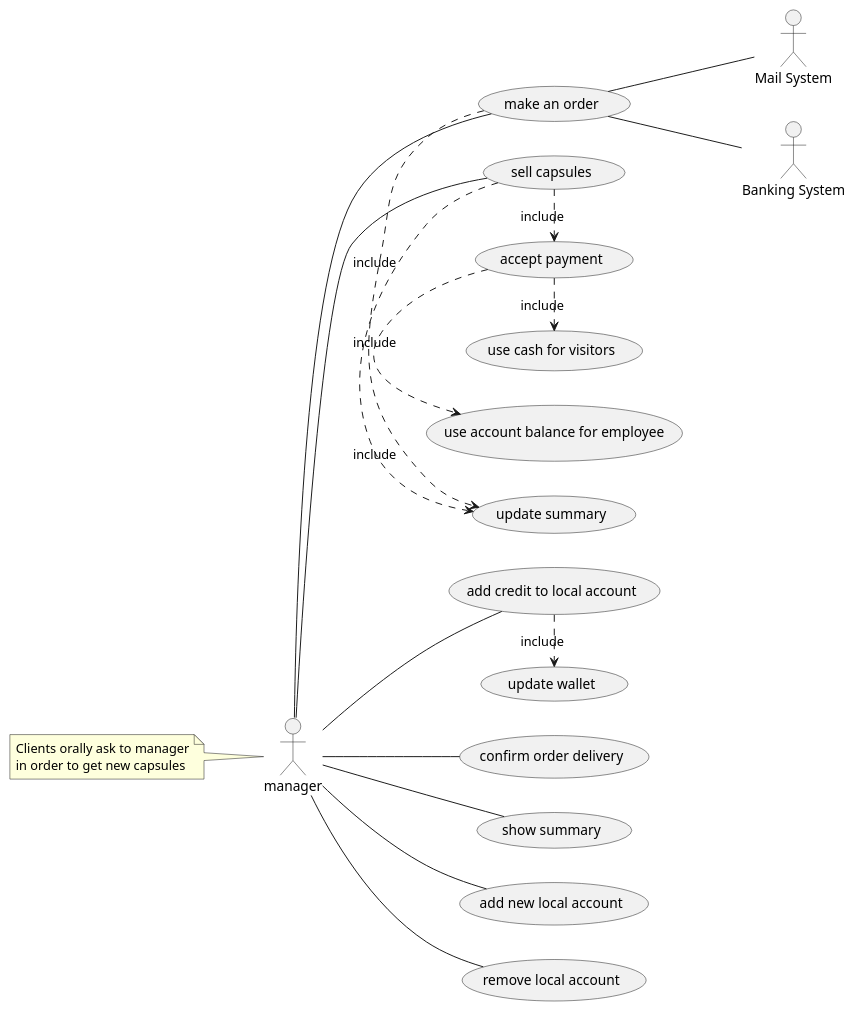
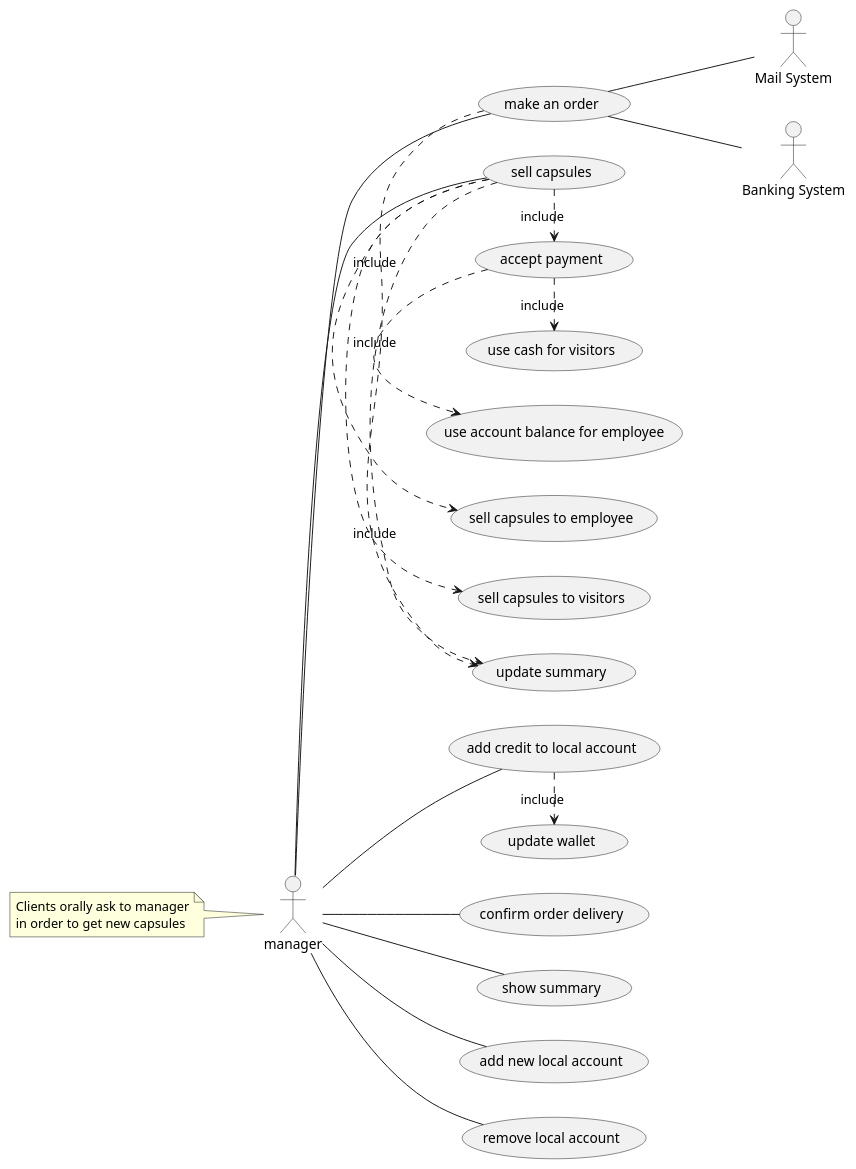
Before and after one commit to DarkSee/LaTazza: the second of 4 diagrams in templates/RequirementsTemplate.md, drawn with PlantUML. The commit also changed other lines of this file, not shown here.

Commit message:
Update Use Case Diagram, Use Case and Scenarios

````diff
--- a/templates/RequirementsTemplate.md
+++ b/templates/RequirementsTemplate.md
@@ -164,34 +164,32 @@
 ```plantuml
 left to right direction
-skinparam packageStyle rectangular
 
 actor "Mail System" as ms
 actor manager as m
 note left 
         Clients orally ask to manager
         in order to get new capsules 
 end note
 
 actor "Banking System" as bs
-
 
 m -- (sell capsules)
 m -- (make an order)
 m -- (confirm order delivery)
 m -- (show summary)
 m -- (add credit to local account)
 m -- (add new local account)
 m -- (remove local account)
 
 (make an order) -- bs
 (make an order) -- ms
 (make an order) .> (update summary) : include
-
-
+(sell capsules) .> (sell capsules to visitors)
+(sell capsules) .> (sell capsules to employee)
 (sell capsules) .> (accept payment): include
 (accept payment) .> (use account balance for employee): include
 (accept payment) .> (use cash for visitors) : include
 (sell capsules) .> (update summary) : include
 (add credit to local account) .> (update wallet) : include
 
 ```
````
